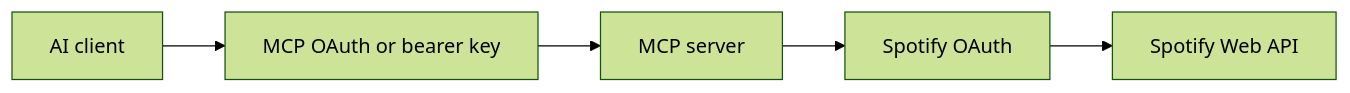
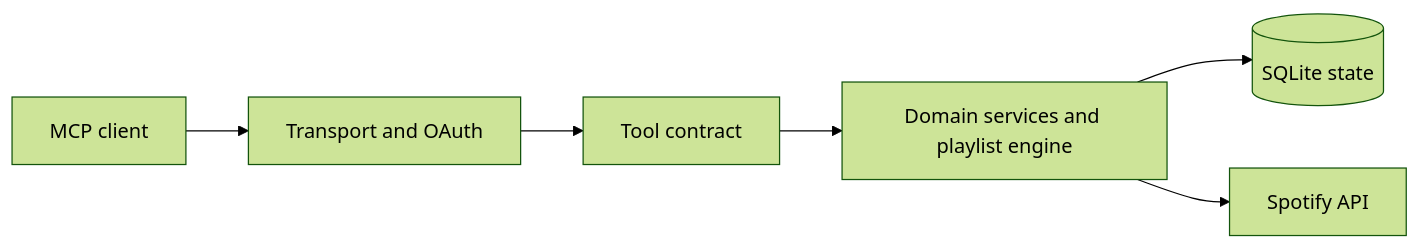
The diagram in docs/index.md (makkiattooo/JamRelay), drawn with Mermaid (forest theme) before and after one commit. The commit also changed other lines of this file and 34 other files, not shown here.

````diff
--- a/docs/index.md
+++ b/docs/index.md
@@ -18,7 +32,8 @@
 ```mermaid
 flowchart LR
-  AI[AI client] --> MCPAuth[MCP OAuth or bearer key]
-  MCPAuth --> Server[MCP server]
-  Server --> SpotifyAuth[Spotify OAuth]
-  SpotifyAuth --> Spotify[Spotify Web API]
+  A[MCP client] --> B[Transport and OAuth]
+  B --> C[Tool contract]
+  C --> D[Domain services and playlist engine]
+  D --> E[(SQLite state)]
+  D --> F[Spotify API]
 ```
````
